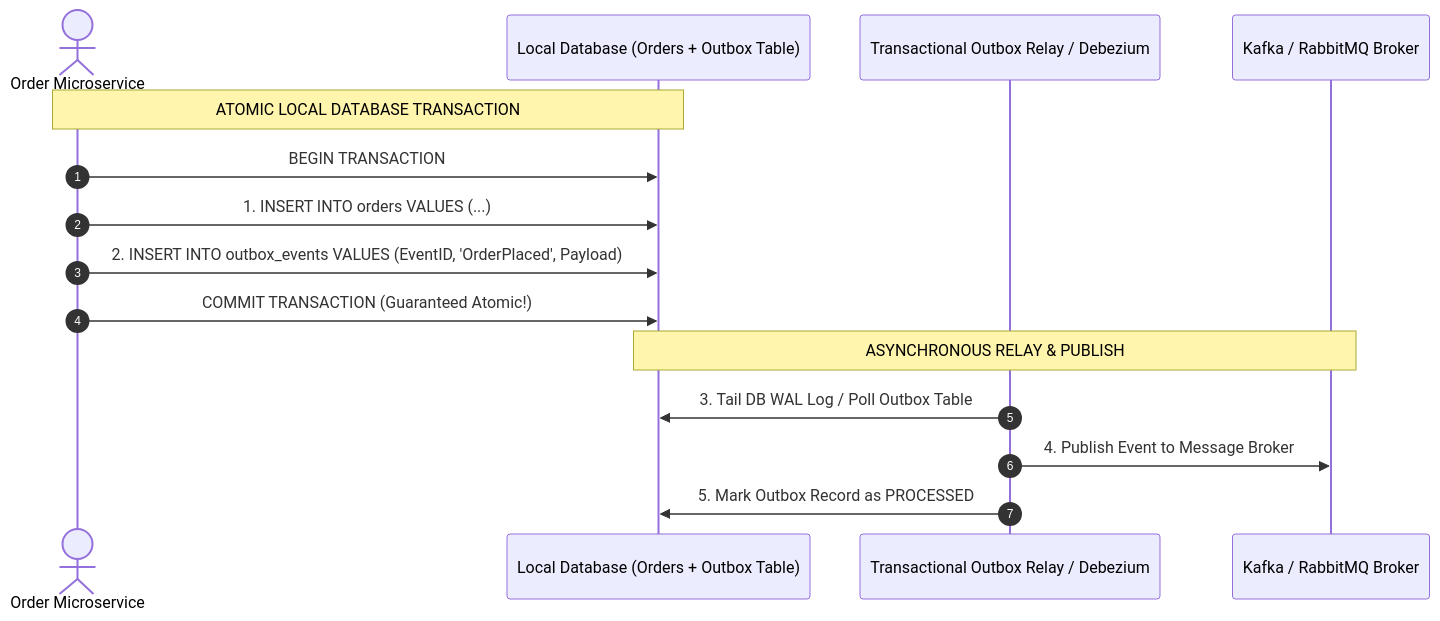
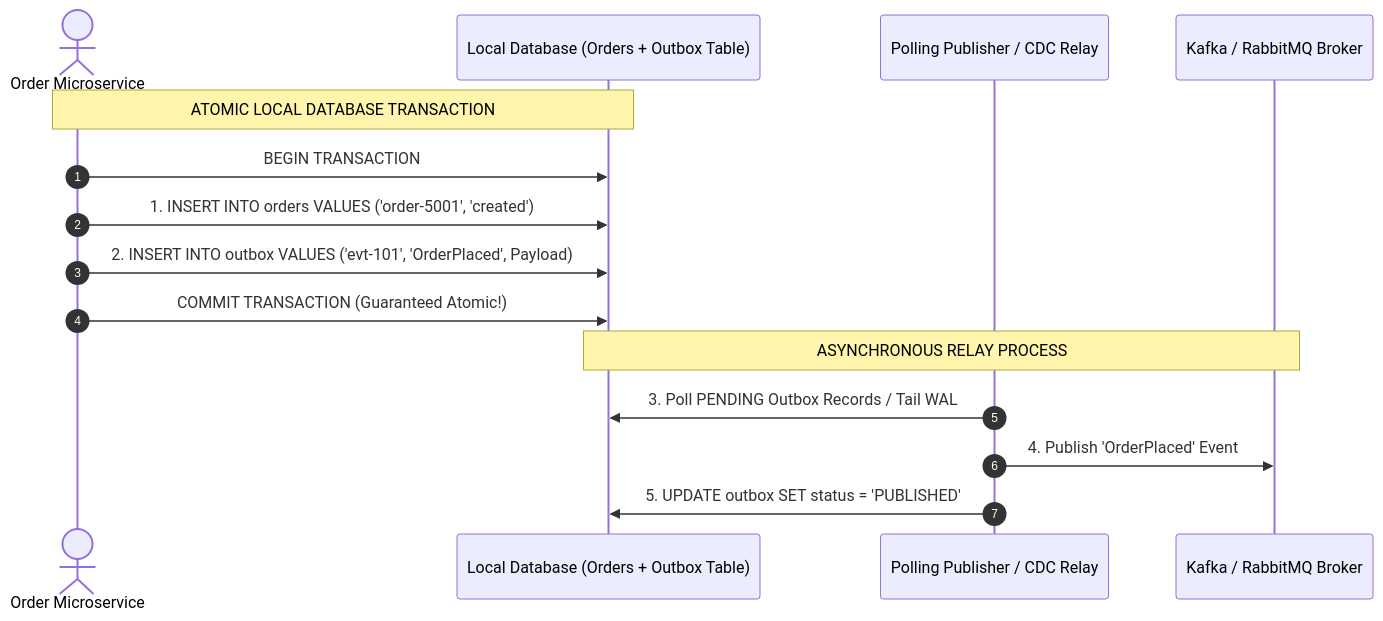
The second of 2 diagrams in system-design-notes/25-event-driven-architecture.md (Amie-dev/engineering-playbook), drawn with Mermaid before and after one commit. The commit also changed other lines of this file and 33 other files, not shown here.

````diff
--- a/system-design-notes/25-event-driven-architecture.md
+++ b/system-design-notes/25-event-driven-architecture.md
@@ -46,19 +77,19 @@
 ```mermaid
 sequenceDiagram
     autonumber
     actor App as Order Microservice
     participant DB as Local Database (Orders + Outbox Table)
-    participant Relay as Transactional Outbox Relay / Debezium
+    participant Relay as Polling Publisher / CDC Relay
     participant Broker as Kafka / RabbitMQ Broker
 
     note over App,DB: ATOMIC LOCAL DATABASE TRANSACTION
     App->>DB: BEGIN TRANSACTION
-    App->>DB: 1. INSERT INTO orders VALUES (...)
-    App->>DB: 2. INSERT INTO outbox_events VALUES (EventID, 'OrderPlaced', Payload)
+    App->>DB: 1. INSERT INTO orders VALUES ('order-5001', 'created')
+    App->>DB: 2. INSERT INTO outbox VALUES ('evt-101', 'OrderPlaced', Payload)
     App->>DB: COMMIT TRANSACTION (Guaranteed Atomic!)
 
-    note over DB,Broker: ASYNCHRONOUS RELAY & PUBLISH
-    Relay->>DB: 3. Tail DB WAL Log / Poll Outbox Table
-    Relay->>Broker: 4. Publish Event to Message Broker
-    Relay->>DB: 5. Mark Outbox Record as PROCESSED
+    note over DB,Broker: ASYNCHRONOUS RELAY PROCESS
+    Relay->>DB: 3. Poll PENDING Outbox Records / Tail WAL
+    Relay->>Broker: 4. Publish 'OrderPlaced' Event
+    Relay->>DB: 5. UPDATE outbox SET status = 'PUBLISHED'
 ```
````
